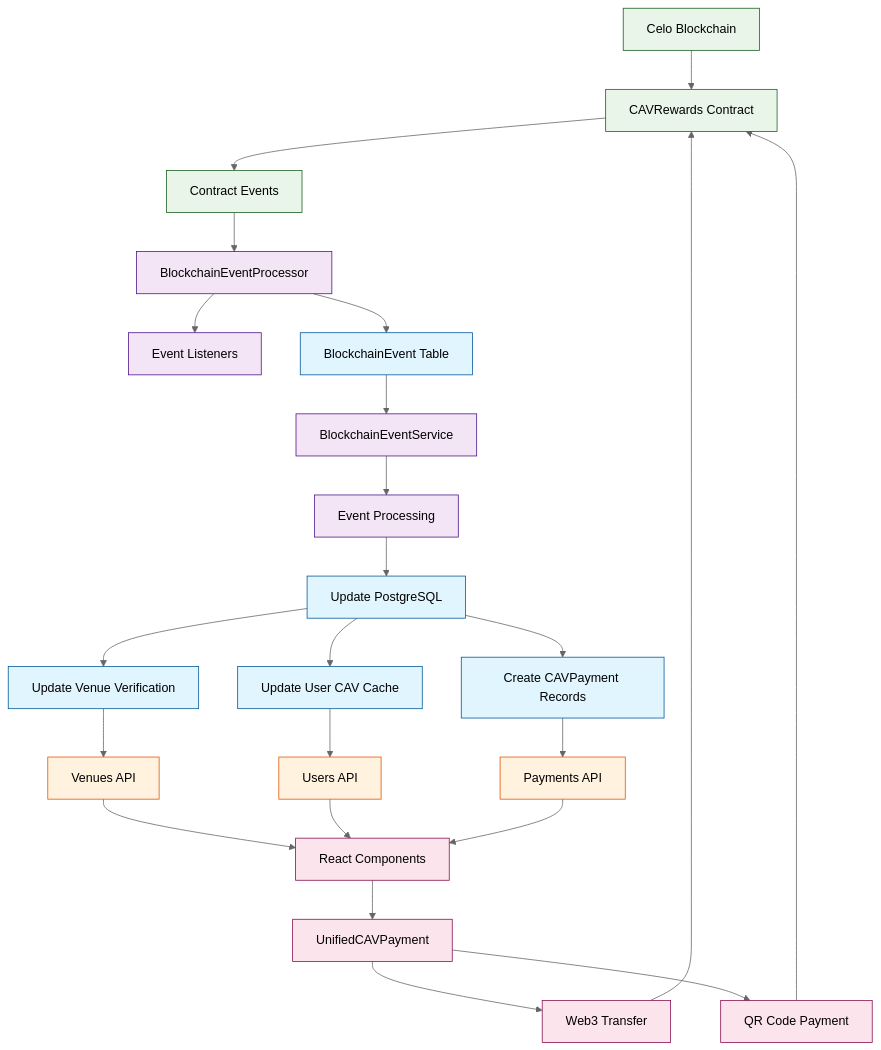
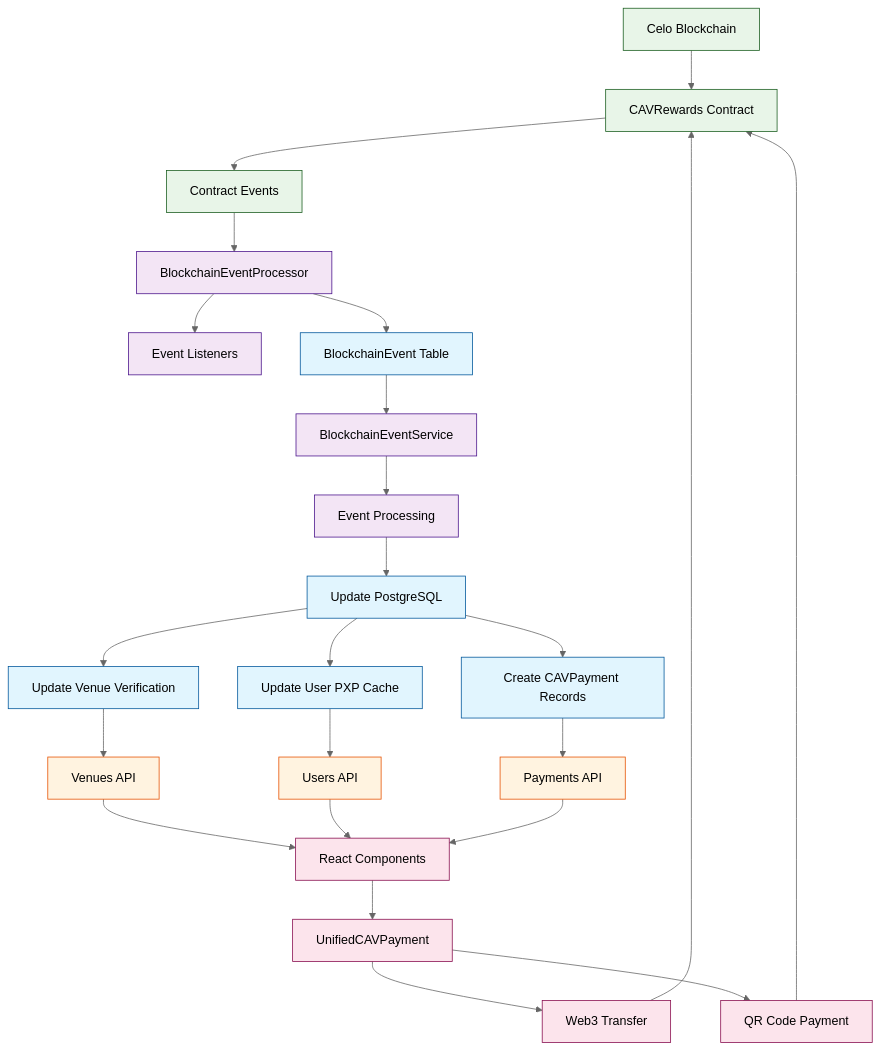
The diagram in BLOCKCHAIN_FILE_LAYOUT.md (dhd1956/piano-blog), drawn with Mermaid (neutral theme) before and after one commit. The commit also changed other lines of this file and 117 other files, not shown here.

````diff
--- a/BLOCKCHAIN_FILE_LAYOUT.md
+++ b/BLOCKCHAIN_FILE_LAYOUT.md
@@ -173,51 +173,51 @@
 ```mermaid
 graph TD
     %% Blockchain Layer
     A[Celo Blockchain] --> B[CAVRewards Contract]
     B --> C[Contract Events]
 
     %% Event Processing
     C --> D[BlockchainEventProcessor]
     D --> E[Event Listeners]
     D --> F[BlockchainEvent Table]
 
     %% Database Processing
     F --> G[BlockchainEventService]
     G --> H[Event Processing]
     H --> I[Update PostgreSQL]
 
     %% Database Updates
     I --> J[Update Venue Verification]
-    I --> K[Update User CAV Cache]
+    I --> K[Update User PXP Cache]
     I --> L[Create CAVPayment Records]
 
     %% API Layer
     J --> M[Venues API]
     K --> N[Users API]
     L --> O[Payments API]
 
     %% Frontend
     M --> P[React Components]
     N --> P
     O --> P
 
     %% Payment Flow
     P --> Q[UnifiedCAVPayment]
     Q --> R[Web3 Transfer]
     Q --> S[QR Code Payment]
     R --> B
     S --> B
 
     %% Styling
     classDef blockchain fill:#e8f5e8,stroke:#1b5e20
     classDef processing fill:#f3e5f5,stroke:#4a148c
     classDef database fill:#e1f5fe,stroke:#01579b
     classDef api fill:#fff3e0,stroke:#e65100
     classDef frontend fill:#fce4ec,stroke:#880e4f
 
     class A,B,C blockchain
     class D,E,G,H processing
     class F,I,J,K,L database
     class M,N,O api
     class P,Q,R,S frontend
 ```
````
